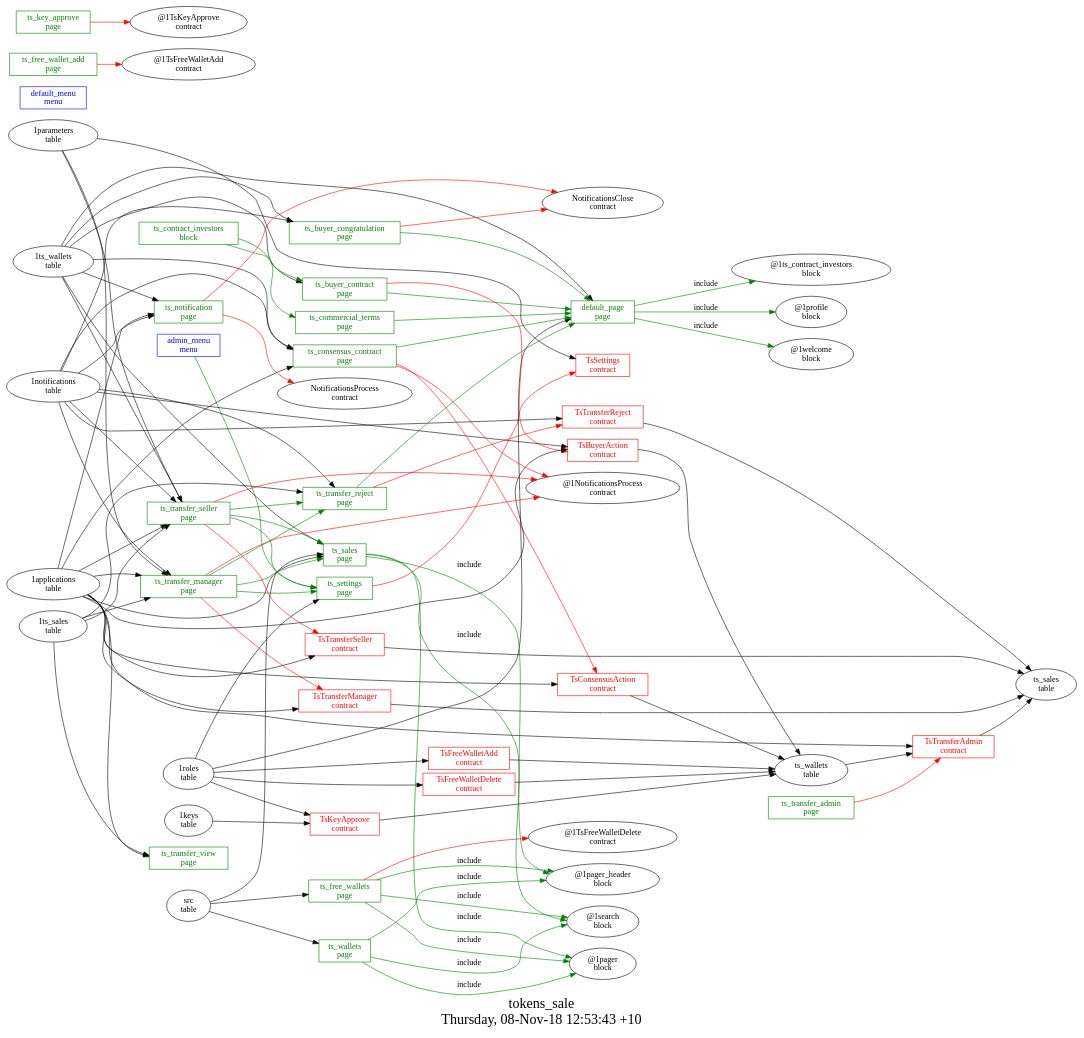
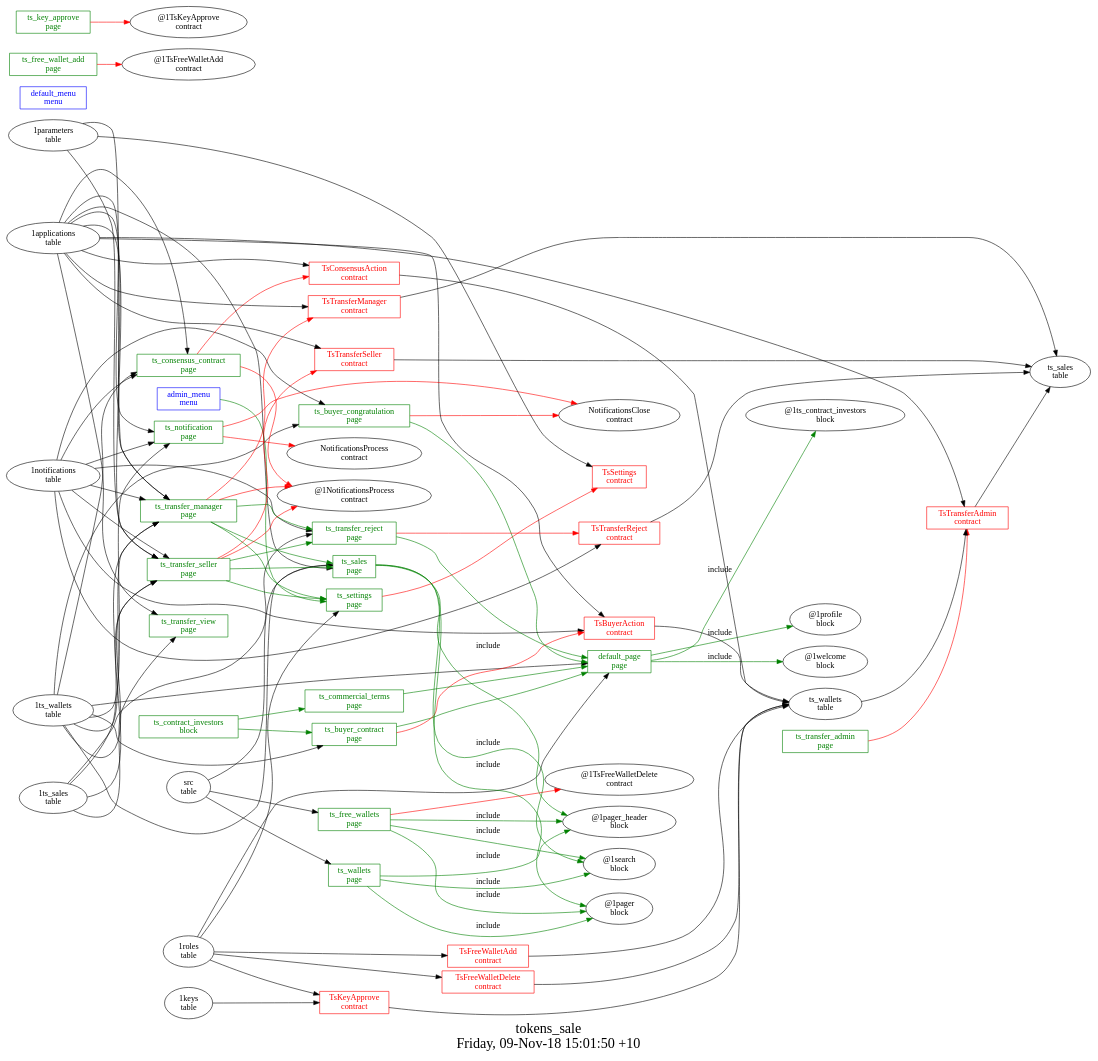
The diagram in other/tokens_sale/struct.dot (AplaProject/apps), drawn with Graphviz before and after one commit. The commit also changed 16 other files, not shown here.

Commit message:
Added new features to tokens_sale

```diff
--- a/other/tokens_sale/struct.dot
+++ b/other/tokens_sale/struct.dot
@@ -1,134 +1,134 @@
 digraph G {
 fontsize="24";
-label="tokens_sale\nThursday, 08-Nov-18 12:53:43 +10";
+label="tokens_sale\nFriday, 09-Nov-18 15:01:50 +10";
 nojustify=true;
 ordering=out;
 rankdir=LR;
 size="30";
 "admin_menu\nmenu" -> "ts_settings\npage"  [ color=green ]
 "admin_menu\nmenu" [color=blue, fontcolor=blue, group=menus, shape=record];
 "default_menu\nmenu" [color=blue, fontcolor=blue, group=menus, shape=record];
 "1ts_wallets\ntable" -> "default_page\npage"
 "1roles\ntable" -> "default_page\npage"
 "default_page\npage" -> "@1ts_contract_investors\nblock"  [ color=green, label=include ]
 "default_page\npage" -> "@1profile\nblock"  [ color=green, label=include ]
 "default_page\npage" -> "@1welcome\nblock"  [ color=green, label=include ]
 "default_page\npage" [color=green, fontcolor=green, group=pages, shape=record];
 "ts_buyer_congratulation\npage" -> "NotificationsClose\ncontract"  [ color=red ]
 "1ts_wallets\ntable" -> "ts_buyer_congratulation\npage"
 "1notifications\ntable" -> "ts_buyer_congratulation\npage"
 "ts_buyer_congratulation\npage" -> "default_page\npage"  [ color=green ]
 "ts_buyer_congratulation\npage" [color=green, fontcolor=green, group=pages, shape=record];
 "ts_buyer_contract\npage" -> "TsBuyerAction\ncontract"  [ color=red ]
 "1ts_wallets\ntable" -> "ts_buyer_contract\npage"
 "ts_buyer_contract\npage" -> "default_page\npage"  [ color=green ]
 "ts_buyer_contract\npage" [color=green, fontcolor=green, group=pages, shape=record];
 "ts_commercial_terms\npage" -> "default_page\npage"  [ color=green ]
 "ts_commercial_terms\npage" [color=green, fontcolor=green, group=pages, shape=record];
 "ts_consensus_contract\npage" -> "TsConsensusAction\ncontract"  [ color=red ]
 "ts_consensus_contract\npage" -> "@1NotificationsProcess\ncontract"  [ color=red ]
 "1applications\ntable" -> "ts_consensus_contract\npage"
 "1notifications\ntable" -> "ts_consensus_contract\npage"
 "1ts_wallets\ntable" -> "ts_consensus_contract\npage"
-"ts_consensus_contract\npage" -> "default_page\npage"  [ color=green ]
 "ts_consensus_contract\npage" [color=green, fontcolor=green, group=pages, shape=record];
 "ts_free_wallet_add\npage" -> "@1TsFreeWalletAdd\ncontract"  [ color=red ]
 "ts_free_wallet_add\npage" [color=green, fontcolor=green, group=pages, shape=record];
 "ts_free_wallets\npage" -> "@1TsFreeWalletDelete\ncontract"  [ color=red ]
 "src\ntable" -> "ts_free_wallets\npage"
 "ts_free_wallets\npage" -> "@1pager_header\nblock"  [ color=green, label=include ]
 "ts_free_wallets\npage" -> "@1search\nblock"  [ color=green, label=include ]
 "ts_free_wallets\npage" -> "@1pager\nblock"  [ color=green, label=include ]
 "ts_free_wallets\npage" [color=green, fontcolor=green, group=pages, shape=record];
 "ts_key_approve\npage" -> "@1TsKeyApprove\ncontract"  [ color=red ]
 "ts_key_approve\npage" [color=green, fontcolor=green, group=pages, shape=record];
 "ts_notification\npage" -> "NotificationsClose\ncontract"  [ color=red ]
 "ts_notification\npage" -> "NotificationsProcess\ncontract"  [ color=red ]
 "1applications\ntable" -> "ts_notification\npage"
 "1notifications\ntable" -> "ts_notification\npage"
 "1ts_wallets\ntable" -> "ts_notification\npage"
 "ts_notification\npage" [color=green, fontcolor=green, group=pages, shape=record];
 "1applications\ntable" -> "ts_sales\npage"
 "src\ntable" -> "ts_sales\npage"
 "1ts_wallets\ntable" -> "ts_sales\npage"
 "ts_sales\npage" -> "@1pager_header\nblock"  [ color=green, label=include ]
 "ts_sales\npage" -> "@1search\nblock"  [ color=green, label=include ]
 "ts_sales\npage" -> "@1pager\nblock"  [ color=green, label=include ]
 "ts_sales\npage" [color=green, fontcolor=green, group=pages, shape=record];
 "ts_settings\npage" -> "TsSettings\ncontract"  [ color=red ]
 "1roles\ntable" -> "ts_settings\npage"
 "ts_settings\npage" [color=green, fontcolor=green, group=pages, shape=record];
 "ts_transfer_admin\npage" -> "TsTransferAdmin\ncontract"  [ color=red ]
 "ts_transfer_admin\npage" [color=green, fontcolor=green, group=pages, shape=record];
 "ts_transfer_manager\npage" -> "TsTransferManager\ncontract"  [ color=red ]
 "ts_transfer_manager\npage" -> "@1NotificationsProcess\ncontract"  [ color=red ]
 "1applications\ntable" -> "ts_transfer_manager\npage"
 "1notifications\ntable" -> "ts_transfer_manager\npage"
 "1ts_sales\ntable" -> "ts_transfer_manager\npage"
+"1ts_wallets\ntable" -> "ts_transfer_manager\npage"
 "1parameters\ntable" -> "ts_transfer_manager\npage"
 "ts_transfer_manager\npage" -> "ts_transfer_reject\npage"  [ color=green ]
 "ts_transfer_manager\npage" -> "ts_sales\npage"  [ color=green ]
 "ts_transfer_manager\npage" -> "ts_settings\npage"  [ color=green ]
 "ts_transfer_manager\npage" [color=green, fontcolor=green, group=pages, shape=record];
 "ts_transfer_reject\npage" -> "TsTransferReject\ncontract"  [ color=red ]
 "1notifications\ntable" -> "ts_transfer_reject\npage"
 "1ts_sales\ntable" -> "ts_transfer_reject\npage"
 "ts_transfer_reject\npage" -> "default_page\npage"  [ color=green ]
 "ts_transfer_reject\npage" [color=green, fontcolor=green, group=pages, shape=record];
 "ts_transfer_seller\npage" -> "TsTransferSeller\ncontract"  [ color=red ]
 "ts_transfer_seller\npage" -> "@1NotificationsProcess\ncontract"  [ color=red ]
 "1applications\ntable" -> "ts_transfer_seller\npage"
 "1notifications\ntable" -> "ts_transfer_seller\npage"
 "1ts_sales\ntable" -> "ts_transfer_seller\npage"
 "1ts_wallets\ntable" -> "ts_transfer_seller\npage"
 "1parameters\ntable" -> "ts_transfer_seller\npage"
 "ts_transfer_seller\npage" -> "ts_transfer_reject\npage"  [ color=green ]
 "ts_transfer_seller\npage" -> "ts_sales\npage"  [ color=green ]
 "ts_transfer_seller\npage" -> "ts_settings\npage"  [ color=green ]
 "ts_transfer_seller\npage" [color=green, fontcolor=green, group=pages, shape=record];
 "1applications\ntable" -> "ts_transfer_view\npage"
 "1ts_sales\ntable" -> "ts_transfer_view\npage"
 "ts_transfer_view\npage" [color=green, fontcolor=green, group=pages, shape=record];
 "src\ntable" -> "ts_wallets\npage"
 "ts_wallets\npage" -> "@1pager_header\nblock"  [ color=green, label=include ]
 "ts_wallets\npage" -> "@1search\nblock"  [ color=green, label=include ]
 "ts_wallets\npage" -> "@1pager\nblock"  [ color=green, label=include ]
 "ts_wallets\npage" [color=green, fontcolor=green, group=pages, shape=record];
 "ts_contract_investors\nblock" -> "ts_commercial_terms\npage"  [ color=green ]
 "ts_contract_investors\nblock" -> "ts_buyer_contract\npage"  [ color=green ]
 "ts_contract_investors\nblock" [color=green, fontcolor=green, group=blocks, shape=record];
 "TsBuyerAction\ncontract" -> "ts_wallets\ntable"  [ color="" ]
 "1applications\ntable" -> "TsBuyerAction\ncontract"
 "1notifications\ntable" -> "TsBuyerAction\ncontract"
 "TsBuyerAction\ncontract" [color=red, fontcolor=red, group=contracts, shape=record];
 "TsConsensusAction\ncontract" -> "ts_wallets\ntable"  [ color="" ]
 "1applications\ntable" -> "TsConsensusAction\ncontract"
 "TsConsensusAction\ncontract" [color=red, fontcolor=red, group=contracts, shape=record];
 "TsFreeWalletAdd\ncontract" -> "ts_wallets\ntable"  [ color="" ]
 "1roles\ntable" -> "TsFreeWalletAdd\ncontract"
 "TsFreeWalletAdd\ncontract" [color=red, fontcolor=red, group=contracts, shape=record];
 "TsFreeWalletDelete\ncontract" -> "ts_wallets\ntable"  [ color="" ]
 "1roles\ntable" -> "TsFreeWalletDelete\ncontract"
 "TsFreeWalletDelete\ncontract" [color=red, fontcolor=red, group=contracts, shape=record];
 "TsKeyApprove\ncontract" -> "ts_wallets\ntable"  [ color="" ]
 "1keys\ntable" -> "TsKeyApprove\ncontract"
 "1roles\ntable" -> "TsKeyApprove\ncontract"
 "TsKeyApprove\ncontract" [color=red, fontcolor=red, group=contracts, shape=record];
 "1parameters\ntable" -> "TsSettings\ncontract"
 "TsSettings\ncontract" [color=red, fontcolor=red, group=contracts, shape=record];
 "TsTransferAdmin\ncontract" -> "ts_sales\ntable"  [ color="" ]
 "1applications\ntable" -> "TsTransferAdmin\ncontract"
 "ts_wallets\ntable" -> "TsTransferAdmin\ncontract"
 "TsTransferAdmin\ncontract" [color=red, fontcolor=red, group=contracts, shape=record];
 "TsTransferManager\ncontract" -> "ts_sales\ntable"  [ color="" ]
 "1applications\ntable" -> "TsTransferManager\ncontract"
 "TsTransferManager\ncontract" [color=red, fontcolor=red, group=contracts, shape=record];
 "TsTransferReject\ncontract" -> "ts_sales\ntable"  [ color="" ]
 "1notifications\ntable" -> "TsTransferReject\ncontract"
 "TsTransferReject\ncontract" [color=red, fontcolor=red, group=contracts, shape=record];
 "TsTransferSeller\ncontract" -> "ts_sales\ntable"  [ color="" ]
 "1applications\ntable" -> "TsTransferSeller\ncontract"
 "TsTransferSeller\ncontract" [color=red, fontcolor=red, group=contracts, shape=record];
 "ts_sales\ntable" [color="", fontcolor="", group=tables, shape=""];
 "ts_wallets\ntable" [color="", fontcolor="", group=tables, shape=""];
 }
```
